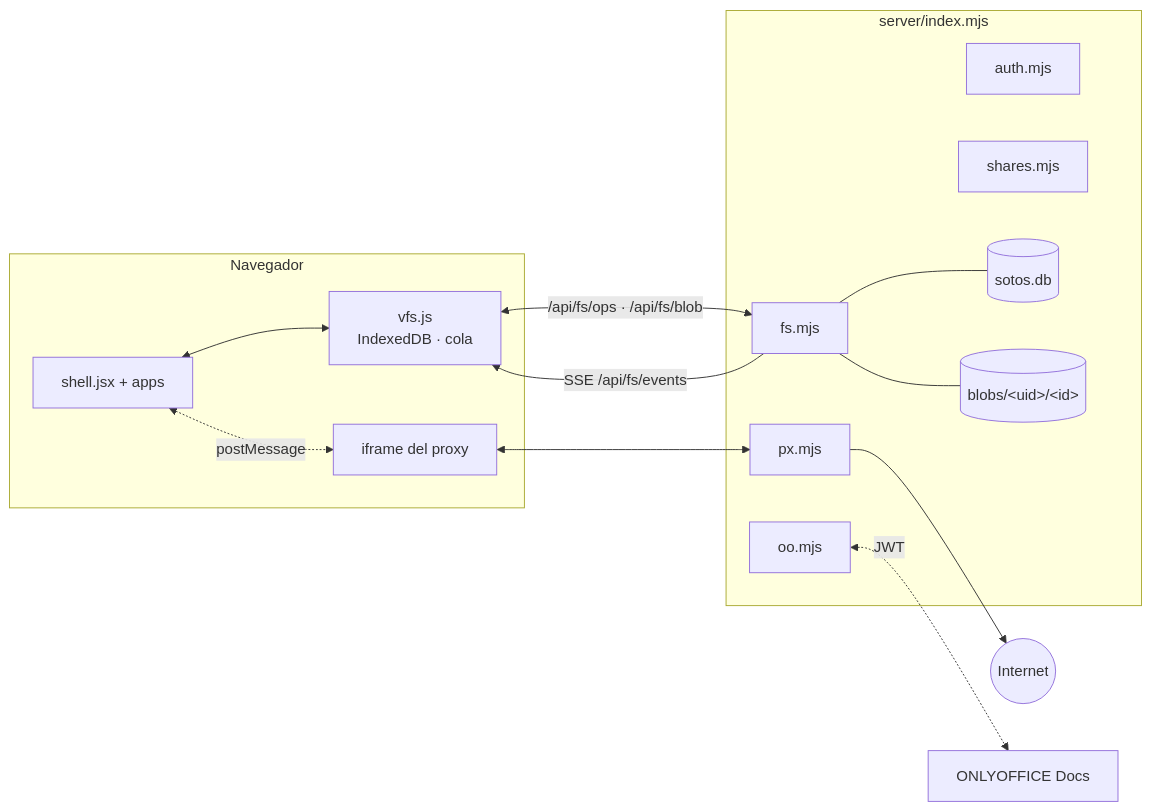
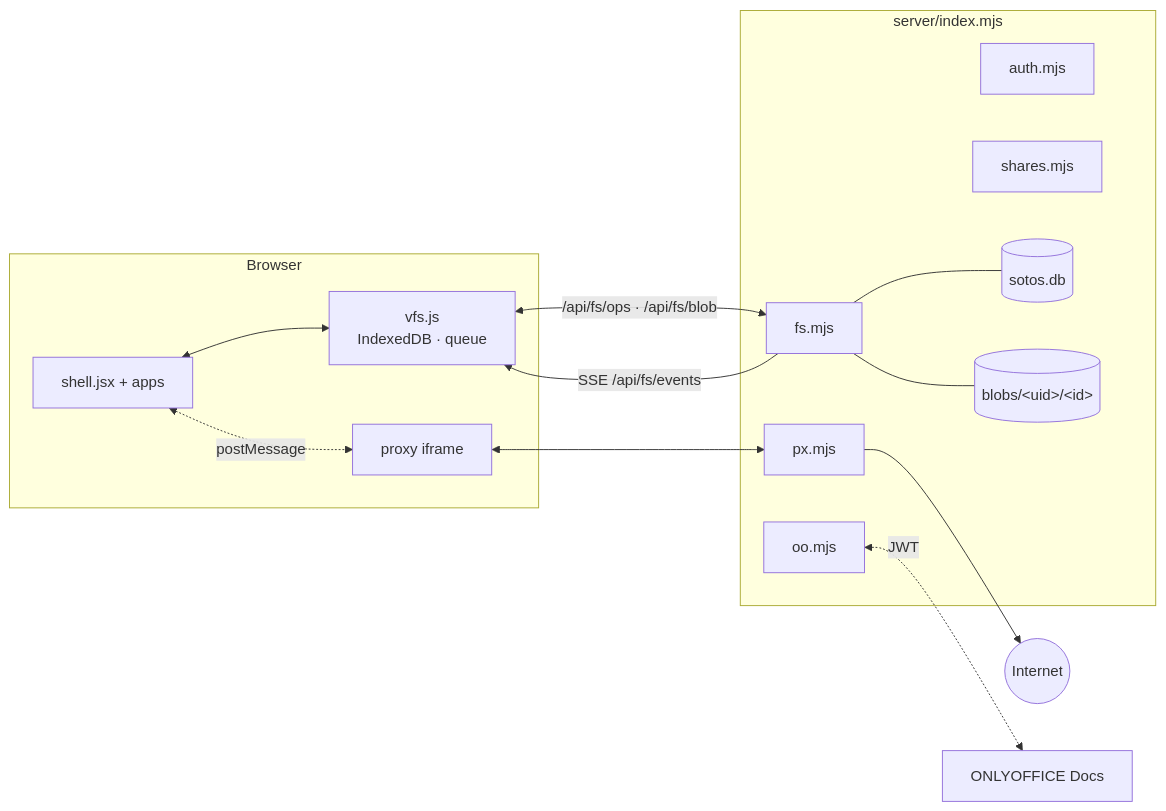
The diagram in README.md (Softsoto/SotosWeb), drawn with Mermaid before and after one commit. The commit also changed other lines of this file and 5 other files, not shown here.

````diff
--- a/README.md
+++ b/README.md
@@ -146,17 +152,17 @@
 ```mermaid
 flowchart LR
-  subgraph B["Navegador"]
-    UI["shell.jsx + apps"] <--> V["vfs.js<br/>IndexedDB · cola"]
-    UI <-. postMessage .-> F["iframe del proxy"]
+  subgraph B["Browser"]
+    UI["shell.jsx + apps"] <--> V["vfs.js<br/>IndexedDB · queue"]
+    UI <-. postMessage .-> F["proxy iframe"]
   end
   subgraph S["server/index.mjs"]
     A["auth.mjs"] & FS["fs.mjs"] & SH["shares.mjs"] & OO["oo.mjs"]
     PX["px.mjs"]
     DB[("sotos.db")] ; BL[("blobs/&lt;uid&gt;/&lt;id&gt;")]
   end
   V <-->|"/api/fs/ops · /api/fs/blob"| FS
   FS -->|"SSE /api/fs/events"| V
   F <--> PX --> NET(("Internet"))
   OO <-.->|JWT| DS["ONLYOFFICE Docs"]
   FS --- DB & BL
 ```
````
